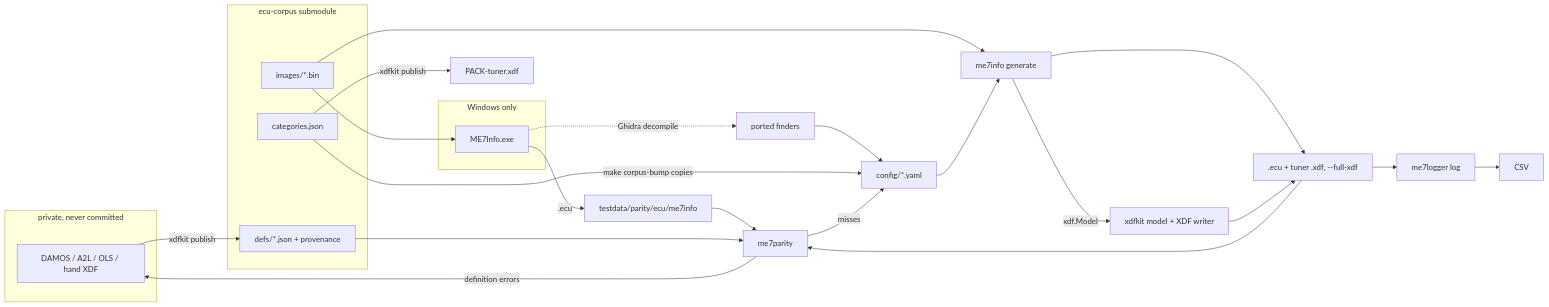
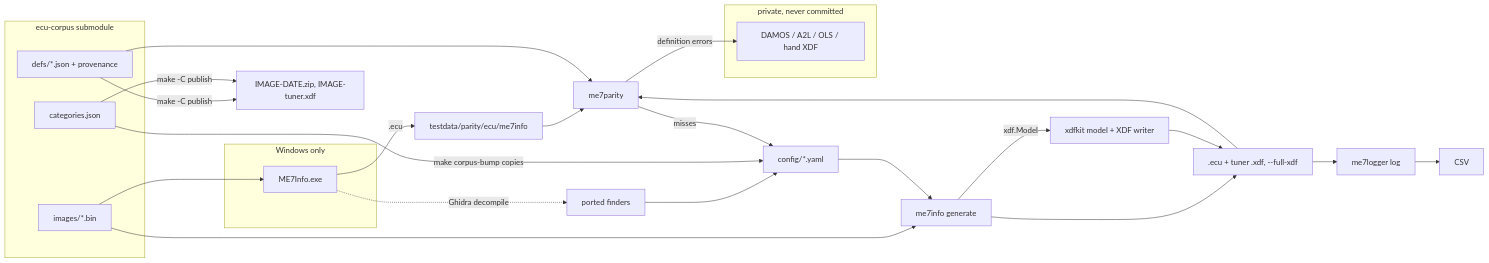
The diagram in DEVELOPER.md (nyetlabs/me7-logger), drawn with Mermaid before and after one commit. The commit also changed other lines of this file and 13 other files, not shown here.

First line of the commit message:
feat: publish map packs from this repo

````diff
--- a/DEVELOPER.md
+++ b/DEVELOPER.md
@@ -5,31 +5,31 @@
 ```mermaid
 flowchart LR
   subgraph priv[private, never committed]
     src[DAMOS / A2L / OLS / hand XDF]
   end
   subgraph corpus[ecu-corpus submodule]
     bin[images/*.bin]
     def[defs/*.json + provenance]
     cats[categories.json]
   end
   subgraph win[Windows only]
     exe[ME7Info.exe]
   end
-  src -->|xdfkit publish| def
   bin --> exe -->|.ecu| oracle[testdata/parity/ecu/me7info]
   exe -.->|Ghidra decompile| port[ported finders]
   port --> cfg[config/*.yaml]
   bin --> gen[me7info generate]
   cfg --> gen
   cats -->|make corpus-bump copies| cfg
-  cats -->|xdfkit publish| tuner[PACK-tuner.xdf]
+  def -->|"make -C publish"| packs["IMAGE-DATE.zip, IMAGE-tuner.xdf"]
+  cats -->|"make -C publish"| packs
   gen -->|xdf.Model| kit[xdfkit model + XDF writer]
   gen --> out[.ecu + tuner .xdf, --full-xdf]
   kit --> out
   out --> log[me7logger log] --> csv[CSV]
   out --> par[me7parity]
   oracle --> par
   def --> par
   par -->|misses| cfg
   par -->|definition errors| src
 ```
````
